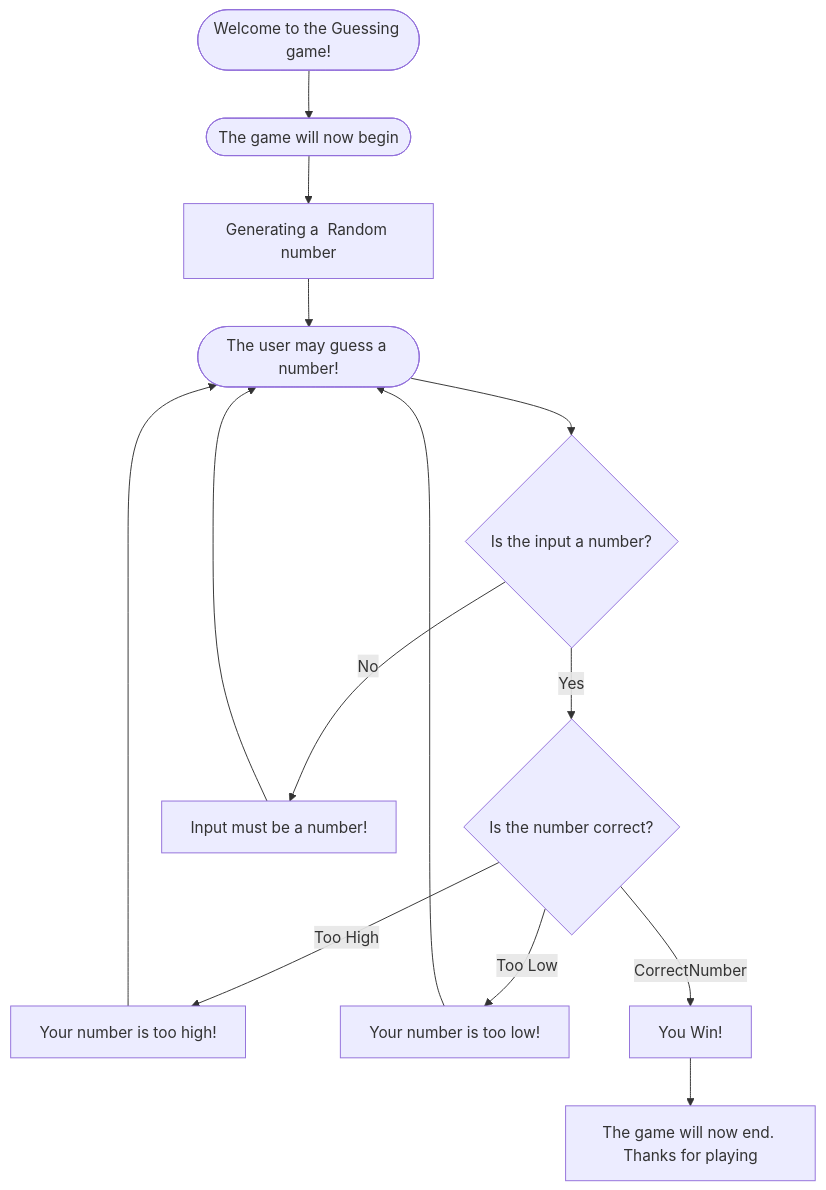
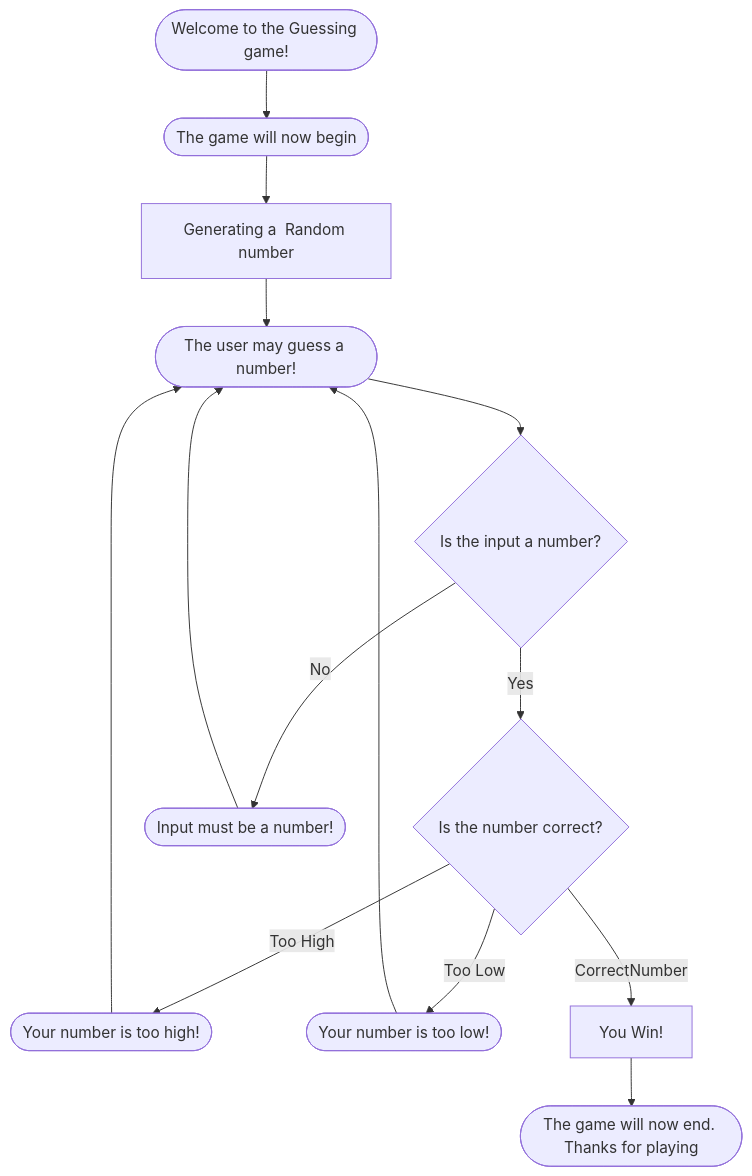
The diagram in Guessing.md (josh-keilder/josh-keilder.github.io), drawn with Mermaid before and after one commit.

````diff
--- a/Guessing.md
+++ b/Guessing.md
@@ -1,18 +1,18 @@
 ```mermaid
 flowchart TD
   Start([Welcome to the Guessing game!]) --> Begin(["The game will now begin"])
   Begin --> RandomNumber[Generating a  Random number]
   RandomNumber --> Input(["The user may guess a number!"])
 
   Input --> IsNumber{Is the input a number?}
 
   
   IsNumber -- Yes --> CheckCorrect{Is the number correct?}
-  IsNumber -- No --> Error[Input must be a number!] --> Input
-  CheckCorrect -- Too High --> HighNumber[Your number is too high!] --> Input
-  CheckCorrect -- Too Low --> LowNumber[Your number is too low!] --> Input
+  IsNumber -- No --> Error([Input must be a number!]) --> Input
+  CheckCorrect -- Too High --> HighNumber([Your number is too high!]) --> Input
+  CheckCorrect -- Too Low --> LowNumber([Your number is too low!]) --> Input
   CheckCorrect -- CorrectNumber --> Win["You Win!"]
   
 
-  Win --> End[The game will now end. Thanks for playing]
+  Win --> End([The game will now end. Thanks for playing])
 ```
````
